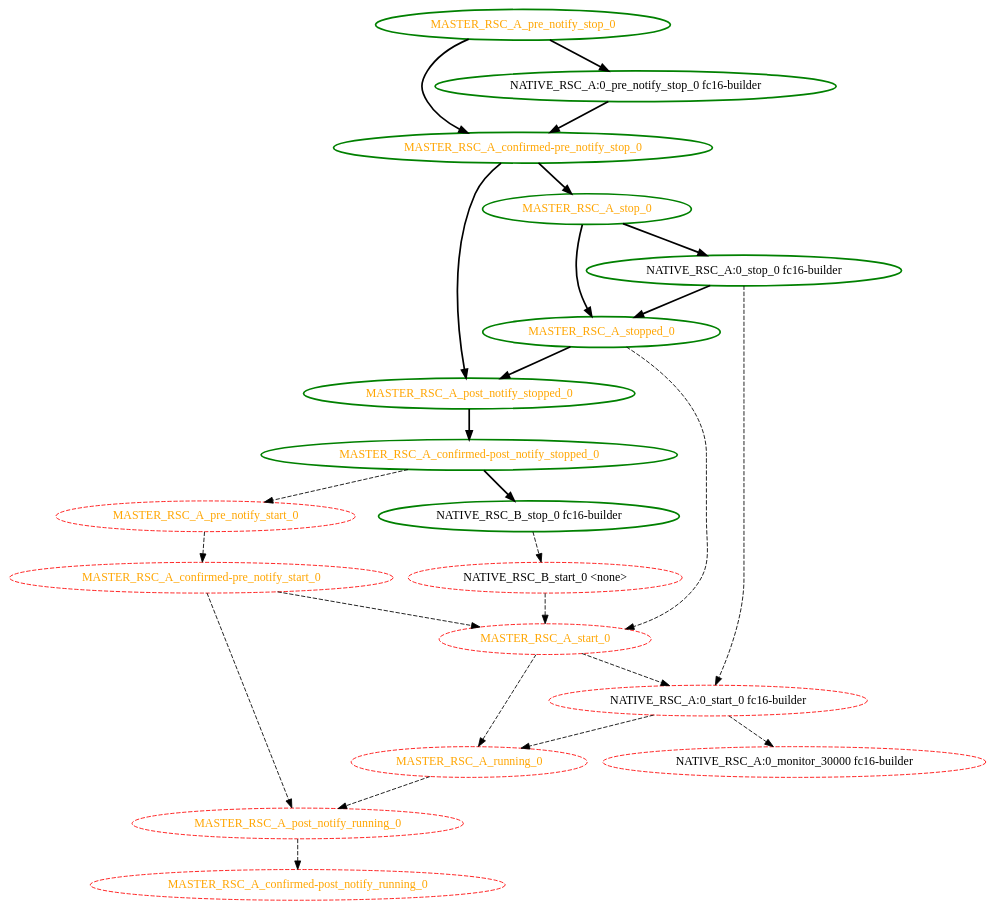
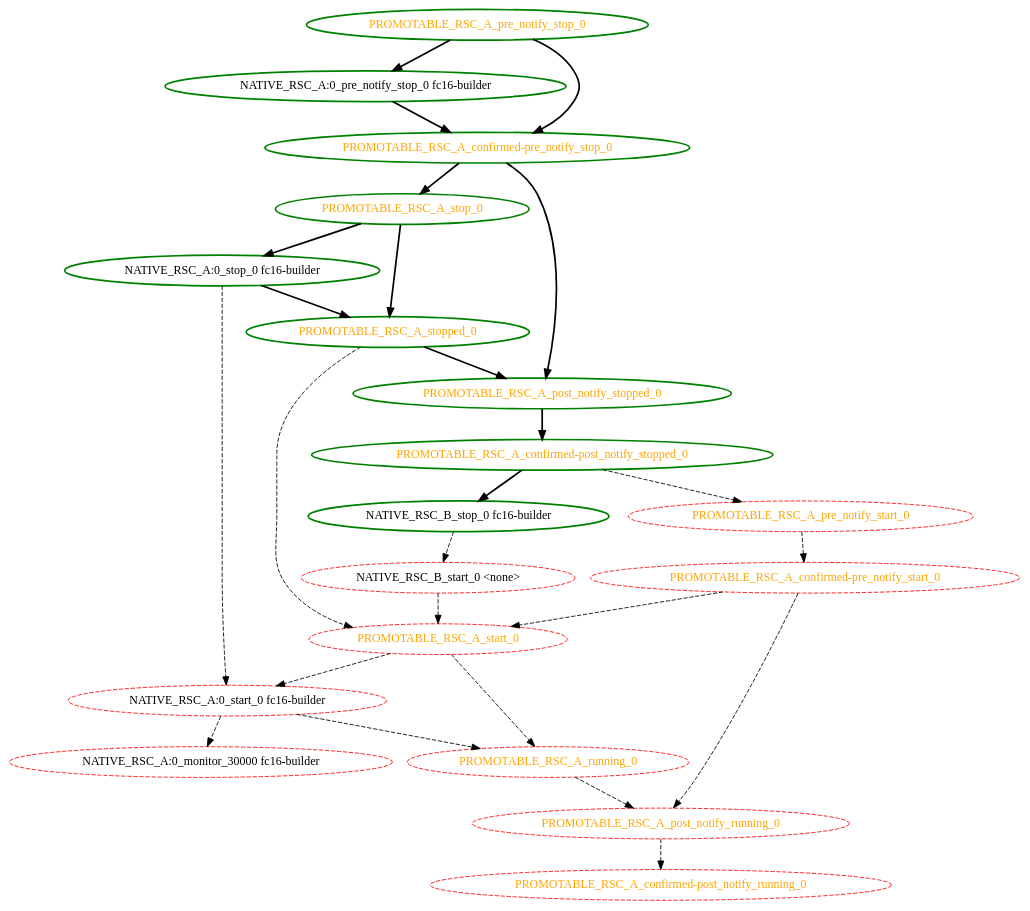
Before and after one commit to ClusterLabs/pacemaker: the diagram in cts/scheduler/dot/order_constraint_stops_unpromoted.dot, drawn with Graphviz. The commit also changed 19 other files, not shown here.

```diff
--- a/cts/scheduler/dot/order_constraint_stops_unpromoted.dot
+++ b/cts/scheduler/dot/order_constraint_stops_unpromoted.dot
@@ -1,45 +1,45 @@
  digraph "g" {
-"MASTER_RSC_A_confirmed-post_notify_running_0" [ style=dashed color="red" fontcolor="orange"]
-"MASTER_RSC_A_confirmed-post_notify_stopped_0" -> "MASTER_RSC_A_pre_notify_start_0" [ style = dashed]
-"MASTER_RSC_A_confirmed-post_notify_stopped_0" -> "NATIVE_RSC_B_stop_0 fc16-builder" [ style = bold]
-"MASTER_RSC_A_confirmed-post_notify_stopped_0" [ style=bold color="green" fontcolor="orange"]
-"MASTER_RSC_A_confirmed-pre_notify_start_0" -> "MASTER_RSC_A_post_notify_running_0" [ style = dashed]
-"MASTER_RSC_A_confirmed-pre_notify_start_0" -> "MASTER_RSC_A_start_0" [ style = dashed]
-"MASTER_RSC_A_confirmed-pre_notify_start_0" [ style=dashed color="red" fontcolor="orange"]
-"MASTER_RSC_A_confirmed-pre_notify_stop_0" -> "MASTER_RSC_A_post_notify_stopped_0" [ style = bold]
-"MASTER_RSC_A_confirmed-pre_notify_stop_0" -> "MASTER_RSC_A_stop_0" [ style = bold]
-"MASTER_RSC_A_confirmed-pre_notify_stop_0" [ style=bold color="green" fontcolor="orange"]
-"MASTER_RSC_A_post_notify_running_0" -> "MASTER_RSC_A_confirmed-post_notify_running_0" [ style = dashed]
-"MASTER_RSC_A_post_notify_running_0" [ style=dashed color="red" fontcolor="orange"]
-"MASTER_RSC_A_post_notify_stopped_0" -> "MASTER_RSC_A_confirmed-post_notify_stopped_0" [ style = bold]
-"MASTER_RSC_A_post_notify_stopped_0" [ style=bold color="green" fontcolor="orange"]
-"MASTER_RSC_A_pre_notify_start_0" -> "MASTER_RSC_A_confirmed-pre_notify_start_0" [ style = dashed]
-"MASTER_RSC_A_pre_notify_start_0" [ style=dashed color="red" fontcolor="orange"]
-"MASTER_RSC_A_pre_notify_stop_0" -> "MASTER_RSC_A_confirmed-pre_notify_stop_0" [ style = bold]
-"MASTER_RSC_A_pre_notify_stop_0" -> "NATIVE_RSC_A:0_pre_notify_stop_0 fc16-builder" [ style = bold]
-"MASTER_RSC_A_pre_notify_stop_0" [ style=bold color="green" fontcolor="orange"]
-"MASTER_RSC_A_running_0" -> "MASTER_RSC_A_post_notify_running_0" [ style = dashed]
-"MASTER_RSC_A_running_0" [ style=dashed color="red" fontcolor="orange"]
-"MASTER_RSC_A_start_0" -> "MASTER_RSC_A_running_0" [ style = dashed]
-"MASTER_RSC_A_start_0" -> "NATIVE_RSC_A:0_start_0 fc16-builder" [ style = dashed]
-"MASTER_RSC_A_start_0" [ style=dashed color="red" fontcolor="orange"]
-"MASTER_RSC_A_stop_0" -> "MASTER_RSC_A_stopped_0" [ style = bold]
-"MASTER_RSC_A_stop_0" -> "NATIVE_RSC_A:0_stop_0 fc16-builder" [ style = bold]
-"MASTER_RSC_A_stop_0" [ style=bold color="green" fontcolor="orange"]
-"MASTER_RSC_A_stopped_0" -> "MASTER_RSC_A_post_notify_stopped_0" [ style = bold]
-"MASTER_RSC_A_stopped_0" -> "MASTER_RSC_A_start_0" [ style = dashed]
-"MASTER_RSC_A_stopped_0" [ style=bold color="green" fontcolor="orange"]
 "NATIVE_RSC_A:0_monitor_30000 fc16-builder" [ style=dashed color="red" fontcolor="black"]
-"NATIVE_RSC_A:0_pre_notify_stop_0 fc16-builder" -> "MASTER_RSC_A_confirmed-pre_notify_stop_0" [ style = bold]
+"NATIVE_RSC_A:0_pre_notify_stop_0 fc16-builder" -> "PROMOTABLE_RSC_A_confirmed-pre_notify_stop_0" [ style = bold]
 "NATIVE_RSC_A:0_pre_notify_stop_0 fc16-builder" [ style=bold color="green" fontcolor="black"]
-"NATIVE_RSC_A:0_start_0 fc16-builder" -> "MASTER_RSC_A_running_0" [ style = dashed]
 "NATIVE_RSC_A:0_start_0 fc16-builder" -> "NATIVE_RSC_A:0_monitor_30000 fc16-builder" [ style = dashed]
+"NATIVE_RSC_A:0_start_0 fc16-builder" -> "PROMOTABLE_RSC_A_running_0" [ style = dashed]
 "NATIVE_RSC_A:0_start_0 fc16-builder" [ style=dashed color="red" fontcolor="black"]
-"NATIVE_RSC_A:0_stop_0 fc16-builder" -> "MASTER_RSC_A_stopped_0" [ style = bold]
 "NATIVE_RSC_A:0_stop_0 fc16-builder" -> "NATIVE_RSC_A:0_start_0 fc16-builder" [ style = dashed]
+"NATIVE_RSC_A:0_stop_0 fc16-builder" -> "PROMOTABLE_RSC_A_stopped_0" [ style = bold]
 "NATIVE_RSC_A:0_stop_0 fc16-builder" [ style=bold color="green" fontcolor="black"]
-"NATIVE_RSC_B_start_0 <none>" -> "MASTER_RSC_A_start_0" [ style = dashed]
+"NATIVE_RSC_B_start_0 <none>" -> "PROMOTABLE_RSC_A_start_0" [ style = dashed]
 "NATIVE_RSC_B_start_0 <none>" [ style=dashed color="red" fontcolor="black"]
 "NATIVE_RSC_B_stop_0 fc16-builder" -> "NATIVE_RSC_B_start_0 <none>" [ style = dashed]
 "NATIVE_RSC_B_stop_0 fc16-builder" [ style=bold color="green" fontcolor="black"]
+"PROMOTABLE_RSC_A_confirmed-post_notify_running_0" [ style=dashed color="red" fontcolor="orange"]
+"PROMOTABLE_RSC_A_confirmed-post_notify_stopped_0" -> "NATIVE_RSC_B_stop_0 fc16-builder" [ style = bold]
+"PROMOTABLE_RSC_A_confirmed-post_notify_stopped_0" -> "PROMOTABLE_RSC_A_pre_notify_start_0" [ style = dashed]
+"PROMOTABLE_RSC_A_confirmed-post_notify_stopped_0" [ style=bold color="green" fontcolor="orange"]
+"PROMOTABLE_RSC_A_confirmed-pre_notify_start_0" -> "PROMOTABLE_RSC_A_post_notify_running_0" [ style = dashed]
+"PROMOTABLE_RSC_A_confirmed-pre_notify_start_0" -> "PROMOTABLE_RSC_A_start_0" [ style = dashed]
+"PROMOTABLE_RSC_A_confirmed-pre_notify_start_0" [ style=dashed color="red" fontcolor="orange"]
+"PROMOTABLE_RSC_A_confirmed-pre_notify_stop_0" -> "PROMOTABLE_RSC_A_post_notify_stopped_0" [ style = bold]
+"PROMOTABLE_RSC_A_confirmed-pre_notify_stop_0" -> "PROMOTABLE_RSC_A_stop_0" [ style = bold]
+"PROMOTABLE_RSC_A_confirmed-pre_notify_stop_0" [ style=bold color="green" fontcolor="orange"]
+"PROMOTABLE_RSC_A_post_notify_running_0" -> "PROMOTABLE_RSC_A_confirmed-post_notify_running_0" [ style = dashed]
+"PROMOTABLE_RSC_A_post_notify_running_0" [ style=dashed color="red" fontcolor="orange"]
+"PROMOTABLE_RSC_A_post_notify_stopped_0" -> "PROMOTABLE_RSC_A_confirmed-post_notify_stopped_0" [ style = bold]
+"PROMOTABLE_RSC_A_post_notify_stopped_0" [ style=bold color="green" fontcolor="orange"]
+"PROMOTABLE_RSC_A_pre_notify_start_0" -> "PROMOTABLE_RSC_A_confirmed-pre_notify_start_0" [ style = dashed]
+"PROMOTABLE_RSC_A_pre_notify_start_0" [ style=dashed color="red" fontcolor="orange"]
+"PROMOTABLE_RSC_A_pre_notify_stop_0" -> "NATIVE_RSC_A:0_pre_notify_stop_0 fc16-builder" [ style = bold]
+"PROMOTABLE_RSC_A_pre_notify_stop_0" -> "PROMOTABLE_RSC_A_confirmed-pre_notify_stop_0" [ style = bold]
+"PROMOTABLE_RSC_A_pre_notify_stop_0" [ style=bold color="green" fontcolor="orange"]
+"PROMOTABLE_RSC_A_running_0" -> "PROMOTABLE_RSC_A_post_notify_running_0" [ style = dashed]
+"PROMOTABLE_RSC_A_running_0" [ style=dashed color="red" fontcolor="orange"]
+"PROMOTABLE_RSC_A_start_0" -> "NATIVE_RSC_A:0_start_0 fc16-builder" [ style = dashed]
+"PROMOTABLE_RSC_A_start_0" -> "PROMOTABLE_RSC_A_running_0" [ style = dashed]
+"PROMOTABLE_RSC_A_start_0" [ style=dashed color="red" fontcolor="orange"]
+"PROMOTABLE_RSC_A_stop_0" -> "NATIVE_RSC_A:0_stop_0 fc16-builder" [ style = bold]
+"PROMOTABLE_RSC_A_stop_0" -> "PROMOTABLE_RSC_A_stopped_0" [ style = bold]
+"PROMOTABLE_RSC_A_stop_0" [ style=bold color="green" fontcolor="orange"]
+"PROMOTABLE_RSC_A_stopped_0" -> "PROMOTABLE_RSC_A_post_notify_stopped_0" [ style = bold]
+"PROMOTABLE_RSC_A_stopped_0" -> "PROMOTABLE_RSC_A_start_0" [ style = dashed]
+"PROMOTABLE_RSC_A_stopped_0" [ style=bold color="green" fontcolor="orange"]
 }
```
